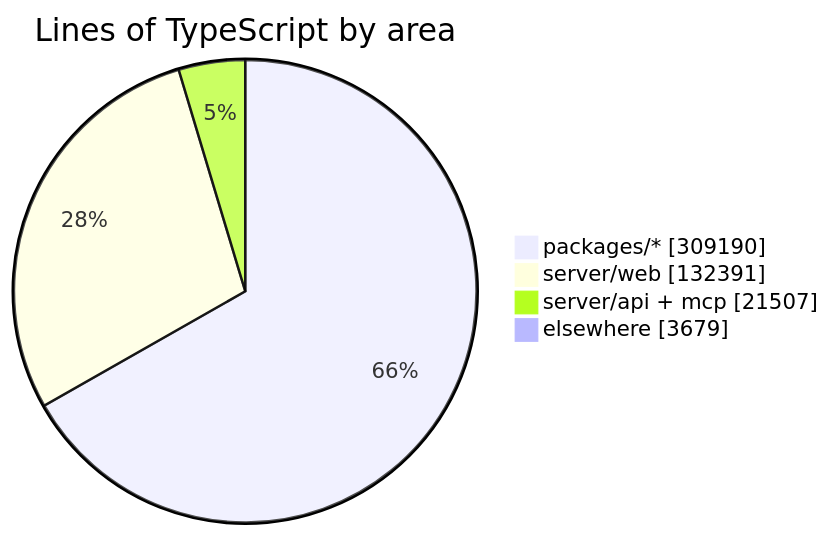
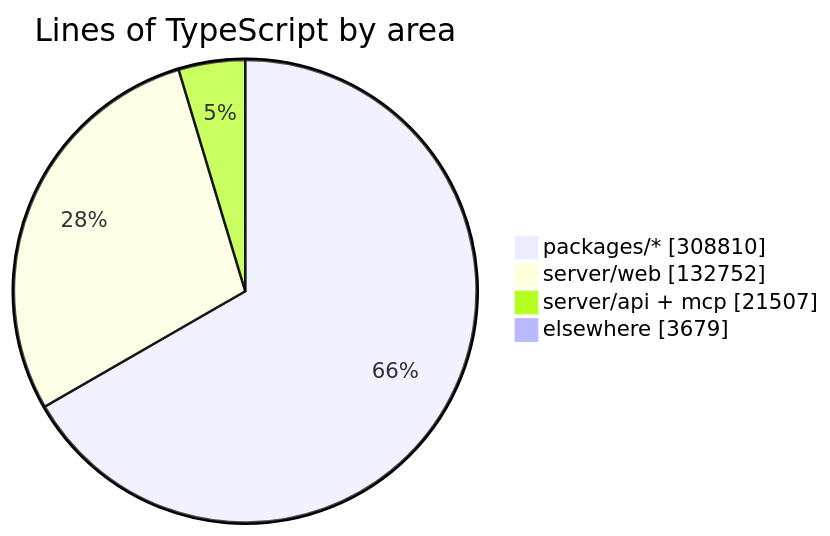
One commit to crossworks-engineering/mantle changed the diagram in README.md. Above: the diagram before and after it, drawn with Mermaid. The commit also changed other lines of this file and 2 other files, not shown here.

````diff
--- a/README.md
+++ b/README.md
@@ -294,7 +294,7 @@
 ```mermaid
 pie showData title Lines of TypeScript by area
-    "packages/*" : 309190
-    "server/web" : 132391
+    "packages/*" : 308810
+    "server/web" : 132752
     "server/api + mcp" : 21507
     "elsewhere" : 3679
 ```
````
